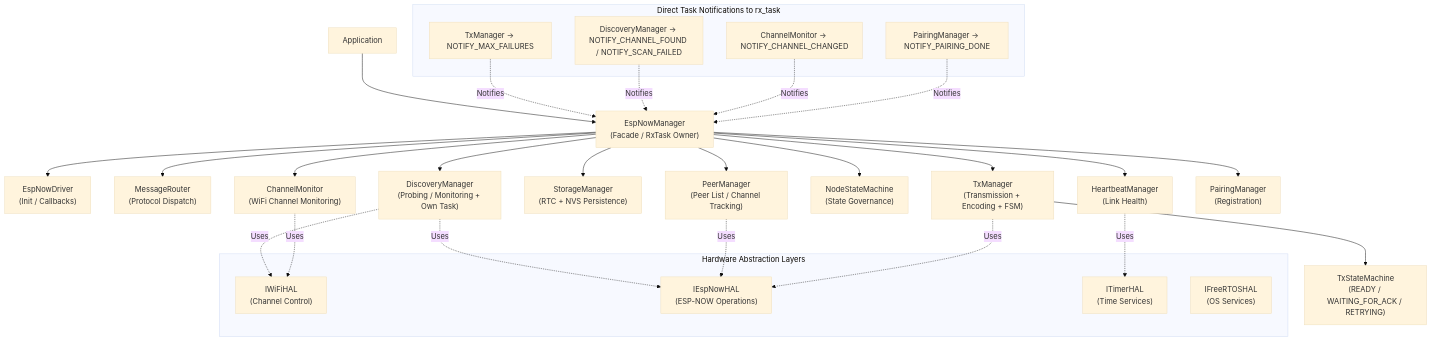
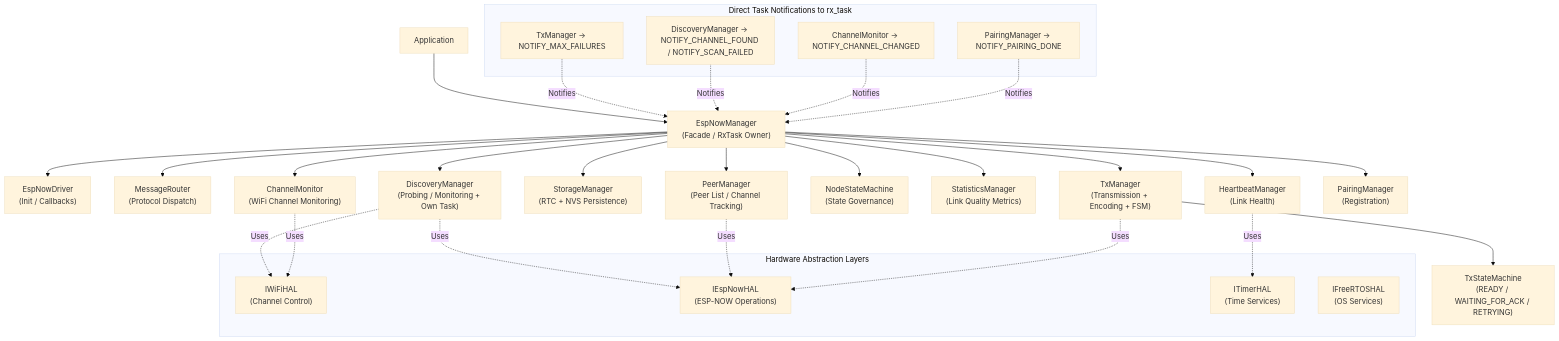
The first of 4 diagrams in DESIGN.md (aluiziotomazelli/espnow_manager), drawn with Mermaid (base theme) before and after one commit. The commit also changed other lines of this file, not shown here.

Commit message:
docs(design): synchronize internal architecture with implementation

````diff
--- a/DESIGN.md
+++ b/DESIGN.md
@@ -13,44 +13,45 @@
 ```mermaid
 graph TD
     App["Application"] --> EM["EspNowManager\n(Facade / RxTask Owner)"]
 
     EM --> ED["EspNowDriver\n(Init / Callbacks)"]
     EM --> MR["MessageRouter\n(Protocol Dispatch)"]
     EM --> TM["TxManager\n(Transmission + Encoding + FSM)"]
     EM --> PM["PeerManager\n(Peer List / Channel Tracking)"]
     EM --> SM["StorageManager\n(RTC + NVS Persistence)"]
     EM --> CM["ChannelMonitor\n(WiFi Channel Monitoring)"]
     EM --> NSM["NodeStateMachine\n(State Governance)"]
+    EM --> STM["StatisticsManager\n(Link Quality Metrics)"]
 
     EM --> DM["DiscoveryManager\n(Probing / Monitoring + Own Task)"]
     EM --> HM["HeartbeatManager\n(Link Health)"]
     EM --> PR["PairingManager\n(Registration)"]
 
     TM --> TS["TxStateMachine\n(READY / WAITING_FOR_ACK / RETRYING)"]
 
     subgraph "Direct Task Notifications to rx_task"
         TN1["TxManager → NOTIFY_MAX_FAILURES"]
         TN2["DiscoveryManager → NOTIFY_CHANNEL_FOUND / NOTIFY_SCAN_FAILED"]
         TN3["ChannelMonitor → NOTIFY_CHANNEL_CHANGED"]
         TN4["PairingManager → NOTIFY_PAIRING_DONE"]
     end
 
     subgraph "Hardware Abstraction Layers"
         HW["IWiFiHAL\n(Channel Control)"]
         HE["IEspNowHAL\n(ESP-NOW Operations)"]
         HT["ITimerHAL\n(Time Services)"]
         HF["IFreeRTOSHAL\n(OS Services)"]
     end
 
     DM -.->|Uses| HW
     DM -.->|Uses| HE
     CM -.->|Uses| HW
     PM -.->|Uses| HE
     TM -.->|Uses| HE
     HM -.->|Uses| HT
 
     TN1 -.->|Notifies| EM
     TN2 -.->|Notifies| EM
     TN3 -.->|Notifies| EM
     TN4 -.->|Notifies| EM
 ```
````
